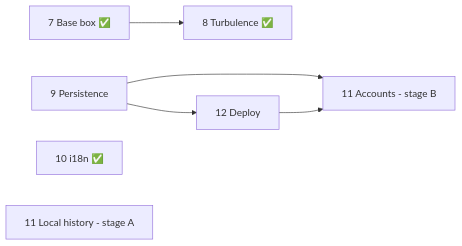
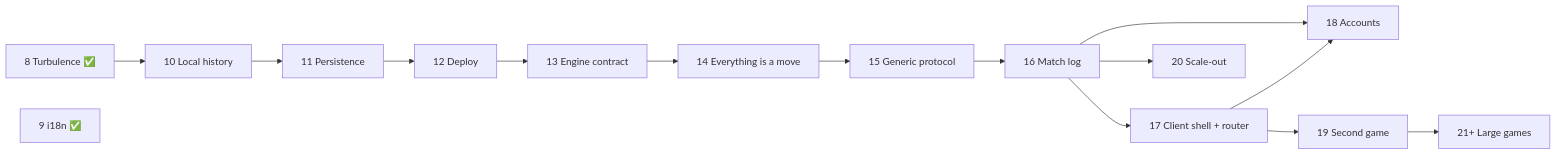
The diagram in docs/PLAN.md (thawmisntme4081/boardgame), drawn with Mermaid before and after one commit. The commit also changed other lines of this file and 19 other files, not shown here.

````diff
--- a/docs/PLAN.md
+++ b/docs/PLAN.md
@@ -51,9 +64,13 @@
 ```mermaid
 flowchart LR
-  P7[7 Base box ✅] --> P8[8 Turbulence ✅]
-  P9[9 Persistence] --> P11B[11 Accounts - stage B]
-  P9 --> P12[12 Deploy]
-  P12 --> P11B
-  P10[10 i18n ✅]
-  P11A[11 Local history - stage A]
+  P8[8 Turbulence ✅] --> P10[10 Local history]
+  P9[9 i18n ✅]
+  P10 --> P11[11 Persistence] --> P12[12 Deploy]
+  P12 --> P13[13 Engine contract] --> P14[14 Everything is a move] --> P15[15 Generic protocol]
+  P15 --> P16[16 Match log] --> P17[17 Client shell + router]
+  P16 --> P18[18 Accounts]
+  P17 --> P18
+  P17 --> P19[19 Second game]
+  P19 --> P21[21+ Large games]
+  P16 --> P20[20 Scale-out]
 ```
````
